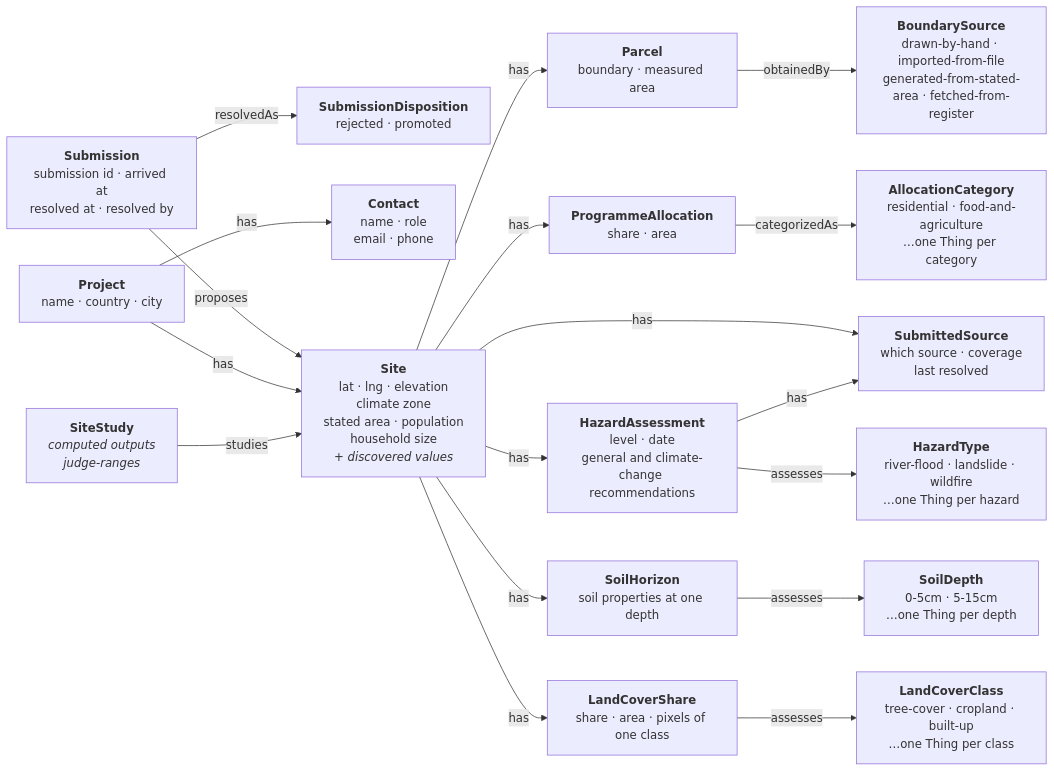
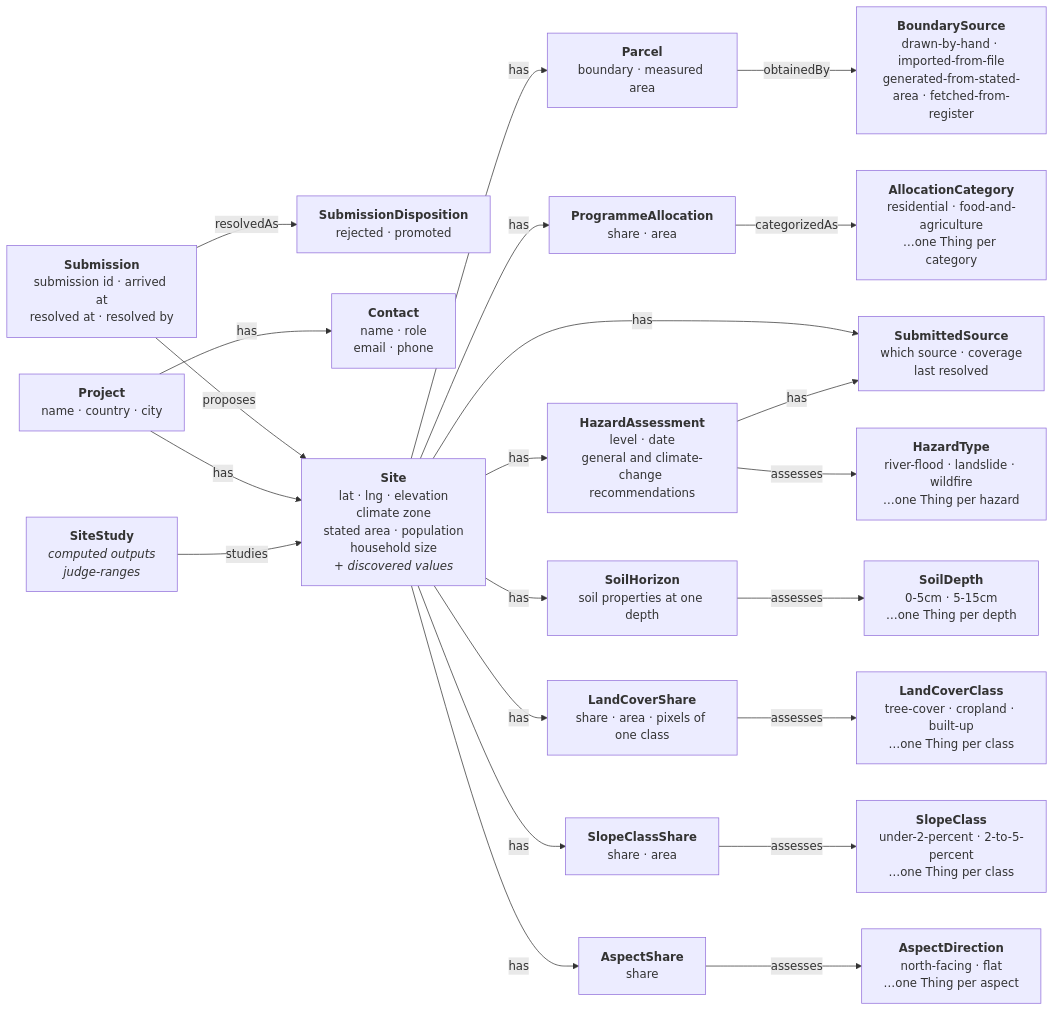
One commit to ReGen-Villages/VillageOS-API changed the sixth of 10 diagrams in docs/LAND_INTAKE.md. Above: the diagram before and after it, drawn with Mermaid. The commit also changed other lines of this file and 20 other files, not shown here.

````diff
--- a/docs/LAND_INTAKE.md
+++ b/docs/LAND_INTAKE.md
@@ -658,39 +658,47 @@
 ```mermaid
 flowchart LR
   SU["<b>Submission</b><br/>submission id · arrived at<br/>resolved at · resolved by"]
   SD["<b>SubmissionDisposition</b><br/>rejected · promoted"]
   PR["<b>Project</b><br/>name · country · city"]
   CO["<b>Contact</b><br/>name · role<br/>email · phone"]
   SI["<b>Site</b><br/>lat · lng · elevation<br/>climate zone<br/>stated area · population<br/>household size<br/><i>+ discovered values</i>"]
   ST["<b>SiteStudy</b><br/><i>computed outputs</i><br/><i>judge-ranges</i>"]
   PA["<b>Parcel</b><br/>boundary · measured area"]
   AL["<b>ProgrammeAllocation</b><br/>share · area"]
   HA["<b>HazardAssessment</b><br/>level · date<br/>general and climate-change recommendations"]
   SH["<b>SoilHorizon</b><br/>soil properties at one depth"]
   LCS["<b>LandCoverShare</b><br/>share · area · pixels of one class"]
+  SCS["<b>SlopeClassShare</b><br/>share · area"]
+  ASH["<b>AspectShare</b><br/>share"]
   DS["<b>SubmittedSource</b><br/>which source · coverage<br/>last resolved"]
 
   BS["<b>BoundarySource</b><br/>drawn-by-hand · imported-from-file<br/>generated-from-stated-area · fetched-from-register"]
   AC["<b>AllocationCategory</b><br/>residential · food-and-agriculture<br/>…one Thing per category"]
   HT["<b>HazardType</b><br/>river-flood · landslide · wildfire<br/>…one Thing per hazard"]
   SDE["<b>SoilDepth</b><br/>0-5cm · 5-15cm<br/>…one Thing per depth"]
   LCC["<b>LandCoverClass</b><br/>tree-cover · cropland · built-up<br/>…one Thing per class"]
+  SCL["<b>SlopeClass</b><br/>under-2-percent · 2-to-5-percent<br/>…one Thing per class"]
+  ADI["<b>AspectDirection</b><br/>north-facing · flat<br/>…one Thing per aspect"]
 
   SU -->|proposes| SI
   SU -->|resolvedAs| SD
   PR -->|has| CO
   PR -->|has| SI
   SI -->|has| PA
   SI -->|has| AL
   SI -->|has| HA
   SI -->|has| DS
   HA -->|has| DS
   ST -->|studies| SI
   PA -->|obtainedBy| BS
   AL -->|categorizedAs| AC
   HA -->|assesses| HT
   SI -->|has| SH
   SH -->|assesses| SDE
   SI -->|has| LCS
   LCS -->|assesses| LCC
+  SI -->|has| SCS
+  SCS -->|assesses| SCL
+  SI -->|has| ASH
+  ASH -->|assesses| ADI
 ```
````
